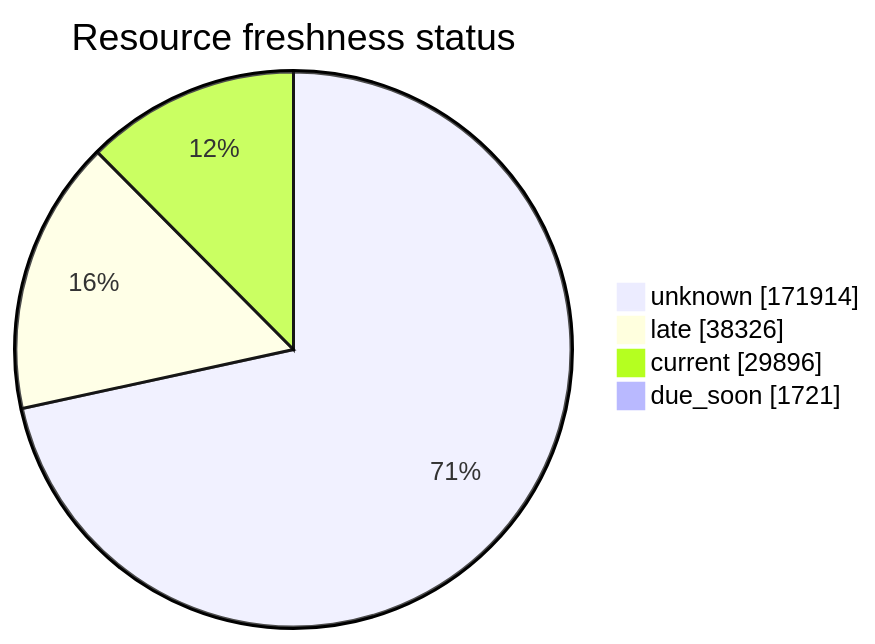
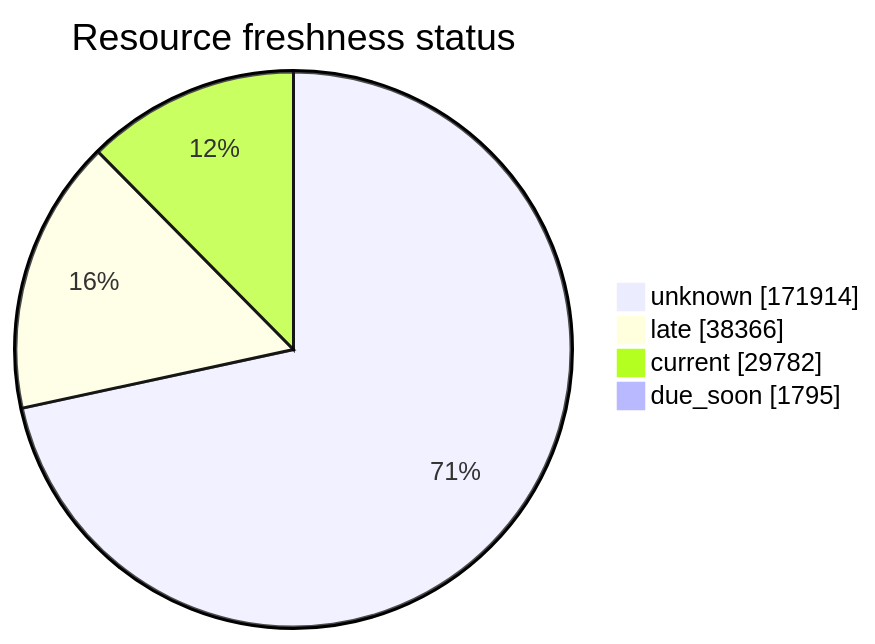
One commit to open-data/analytics-corporate-reporting changed the third of 5 diagrams in FreshCheck/README.md. Above: the diagram before and after it, drawn with Mermaid. The commit also changed other lines of this file and 3 other files, not shown here.

````diff
--- a/FreshCheck/README.md
+++ b/FreshCheck/README.md
@@ -77,7 +77,7 @@
 ```mermaid
 pie showData title Resource freshness status
     "unknown": 171914
-    "late": 38326
-    "current": 29896
-    "due_soon": 1721
+    "late": 38366
+    "current": 29782
+    "due_soon": 1795
 ```
````
